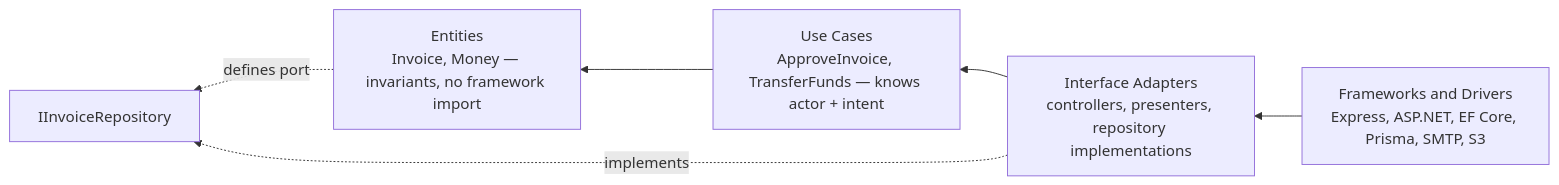
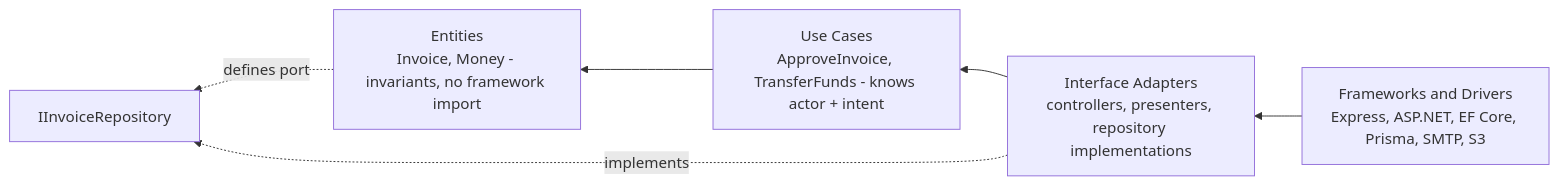
The diagram in skills/architecture/clean-architecture/SKILL.md (nyanko-desuwa/Secure-AI-Toolkit), drawn with Mermaid before and after one commit. The commit also changed other lines of this file and 414 other files, not shown here.

````diff
--- a/skills/architecture/clean-architecture/SKILL.md
+++ b/skills/architecture/clean-architecture/SKILL.md
@@ -29,10 +29,10 @@
 ```mermaid
 flowchart RL
     F["Frameworks and Drivers<br/>Express, ASP.NET, EF Core, Prisma, SMTP, S3"]
     A["Interface Adapters<br/>controllers, presenters, repository implementations"]
-    U["Use Cases<br/>ApproveInvoice, TransferFunds — knows actor + intent"]
-    E["Entities<br/>Invoice, Money — invariants, no framework import"]
+    U["Use Cases<br/>ApproveInvoice, TransferFunds - knows actor + intent"]
+    E["Entities<br/>Invoice, Money - invariants, no framework import"]
     F --> A --> U --> E
     E -. "defines port" .-> P["IInvoiceRepository"]
     A -. implements .-> P
 ```
````
